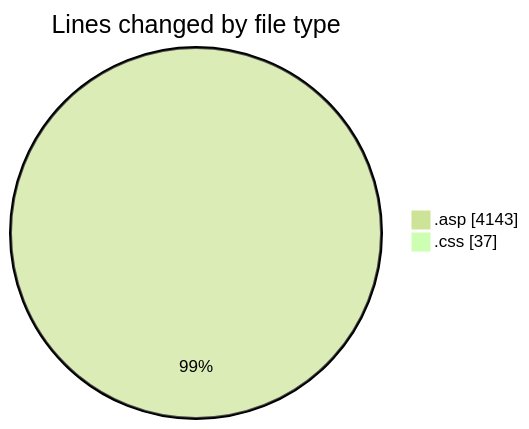
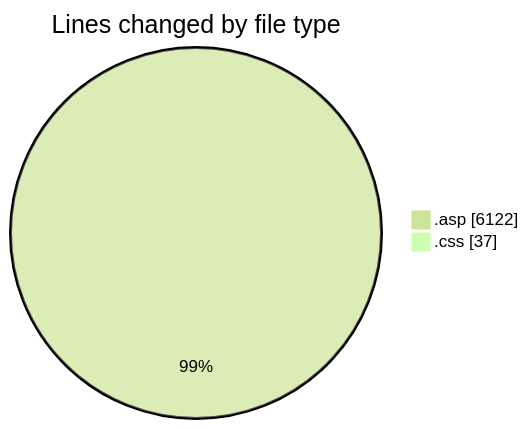
The first of 2 diagrams in 2025-11-02/cdp_aleoudev_fr__workspace_/README.md (julien-gomy/code-tracking), drawn with Mermaid (forest theme) before and after one commit. The commit also changed other lines of this file and 1 other file, not shown here.

````diff
--- a/2025-11-02/cdp_aleoudev_fr__workspace_/README.md
+++ b/2025-11-02/cdp_aleoudev_fr__workspace_/README.md
@@ -24,6 +25,6 @@
 ```mermaid
 pie showData
 title Lines changed by file type
-".asp" : 4143
+".asp" : 6122
 ".css" : 37
 ```
````
